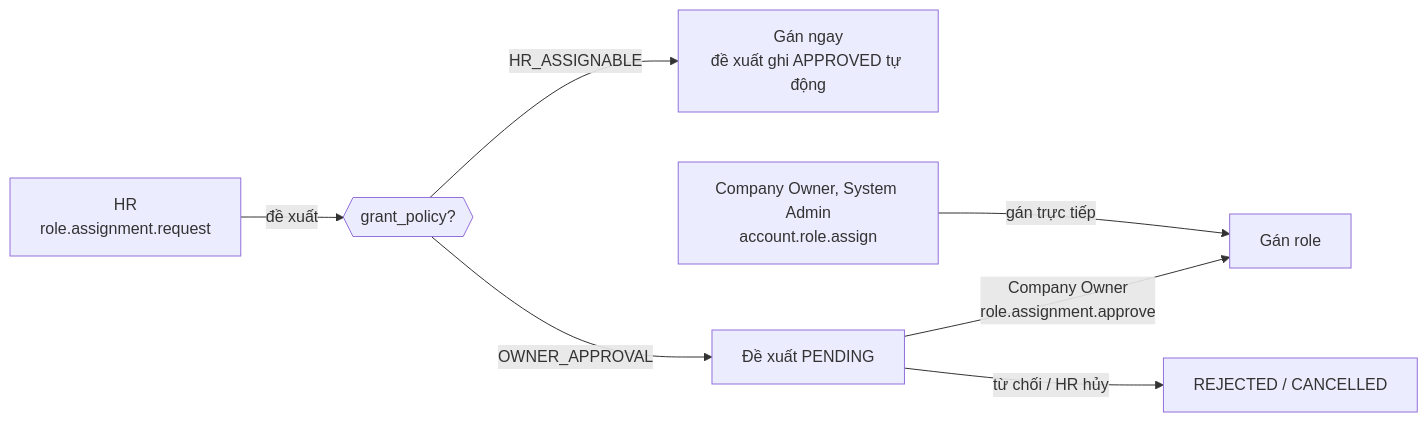
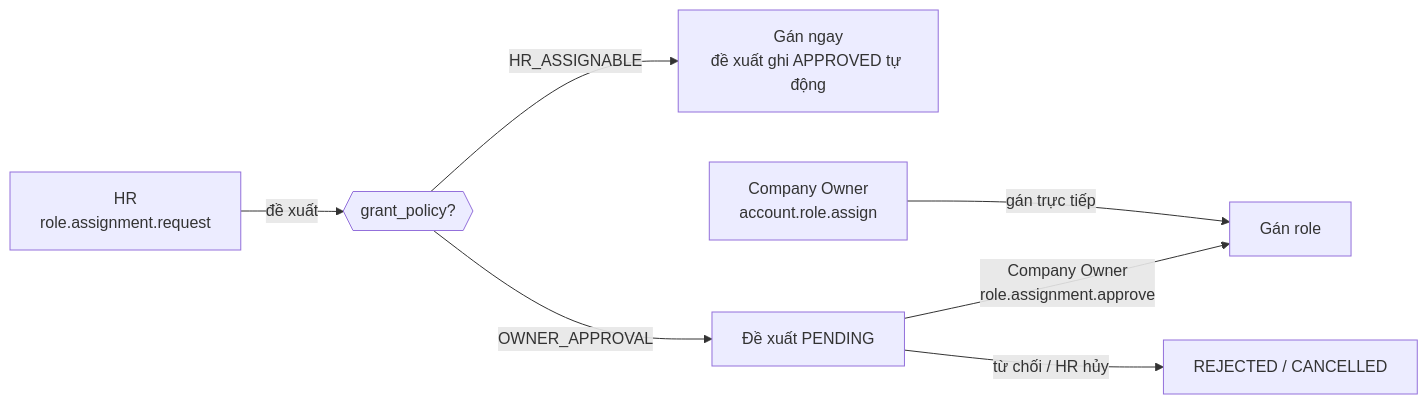
The diagram in api/docs/concepts/ROLE_GRANT_POLICY.md (NguyenAlpha/HRM-system), drawn with Mermaid before and after one commit. The commit also changed other lines of this file and 11 other files, not shown here.

First line of the commit message:
fix(api,web): only the Company Owner grants roles and permission overrides, so OWNER_APPROVAL is never bypassed

````diff
--- a/api/docs/concepts/ROLE_GRANT_POLICY.md
+++ b/api/docs/concepts/ROLE_GRANT_POLICY.md
@@ -33,9 +33,9 @@
 ```mermaid
 flowchart LR
   hr["HR<br/>role.assignment.request"] -->|đề xuất| req{{grant_policy?}}
   req -->|HR_ASSIGNABLE| auto["Gán ngay<br/>đề xuất ghi APPROVED tự động"]
   req -->|OWNER_APPROVAL| pending["Đề xuất PENDING"]
   pending -->|"Company Owner<br/>role.assignment.approve"| done["Gán role"]
   pending -->|từ chối / HR hủy| closed["REJECTED / CANCELLED"]
-  direct["Company Owner, System Admin<br/>account.role.assign"] -->|gán trực tiếp| done
+  direct["Company Owner<br/>account.role.assign"] -->|gán trực tiếp| done
 ```
````
